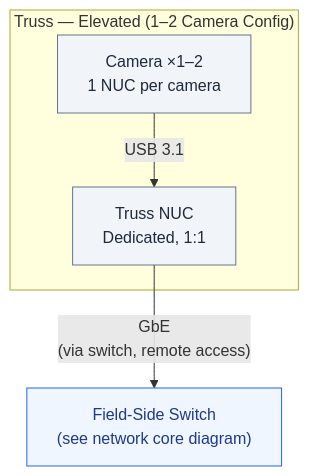
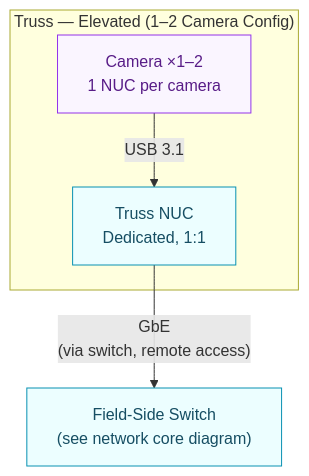
One commit to RoboCup-SSL/ssl-docs changed the diagram in docs-source/field/network/diagrams/cam-nuc.mmd. Above: the diagram before and after it, drawn with Mermaid. The commit also changed 92 other files, not shown here.

Commit message:
add drawio support, detail network diagrams

```diff
--- a/docs-source/field/network/diagrams/cam-nuc.mmd
+++ b/docs-source/field/network/diagrams/cam-nuc.mmd
@@ -1,13 +1,13 @@
 flowchart TD
     subgraph TrussNuc["Truss — Elevated (1–2 Camera Config)"]
         Camera["Camera ×1–2<br/>1 NUC per camera"]
         NUC["Truss NUC<br/>Dedicated, 1:1"]
         Camera -- "USB 3.1" --> NUC
     end
 
     NUC -- "GbE<br/>(via switch, remote access)" --> Switch["Field-Side Switch<br/>(see network core diagram)"]
 
-    classDef gray fill:#f1f5f9,stroke:#64748b,color:#1e293b;
-    classDef blue fill:#eff6ff,stroke:#2563eb,color:#1e3a8a;
-    class Camera,NUC gray;
-    class Switch blue;
+    classDef purple fill:#faf5ff,stroke:#9333ea,color:#581c87;
+    classDef cyan fill:#ecfeff,stroke:#0891b2,color:#164e63;
+    class Camera purple;
+    class NUC,Switch cyan;
```
